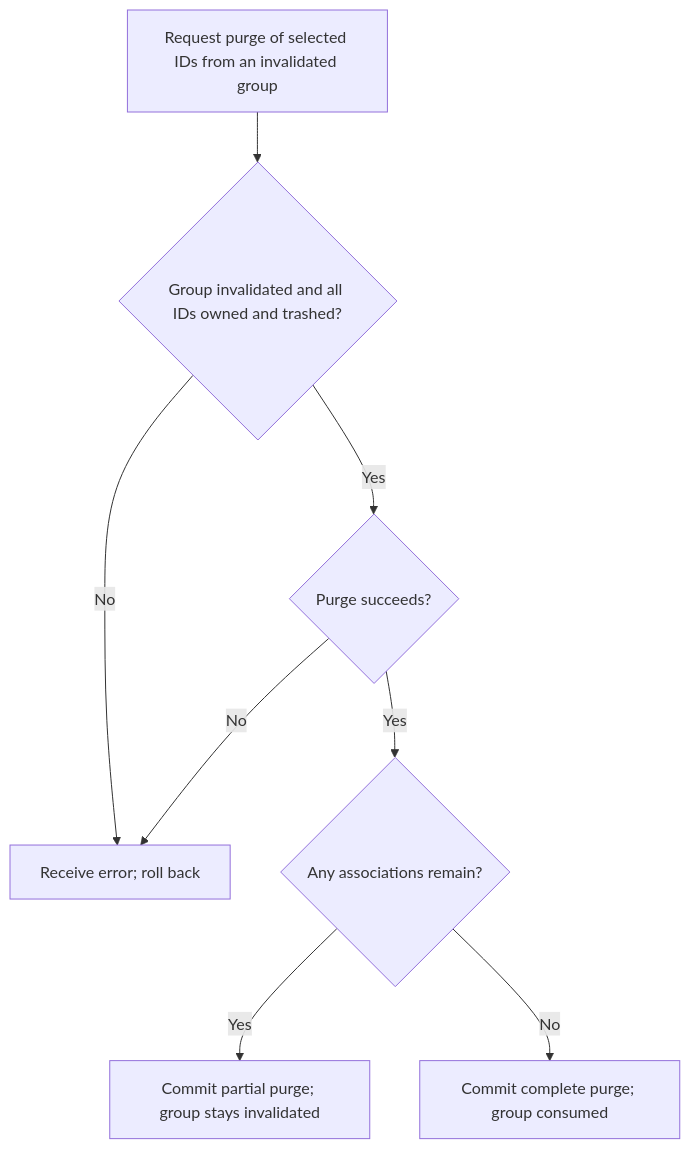
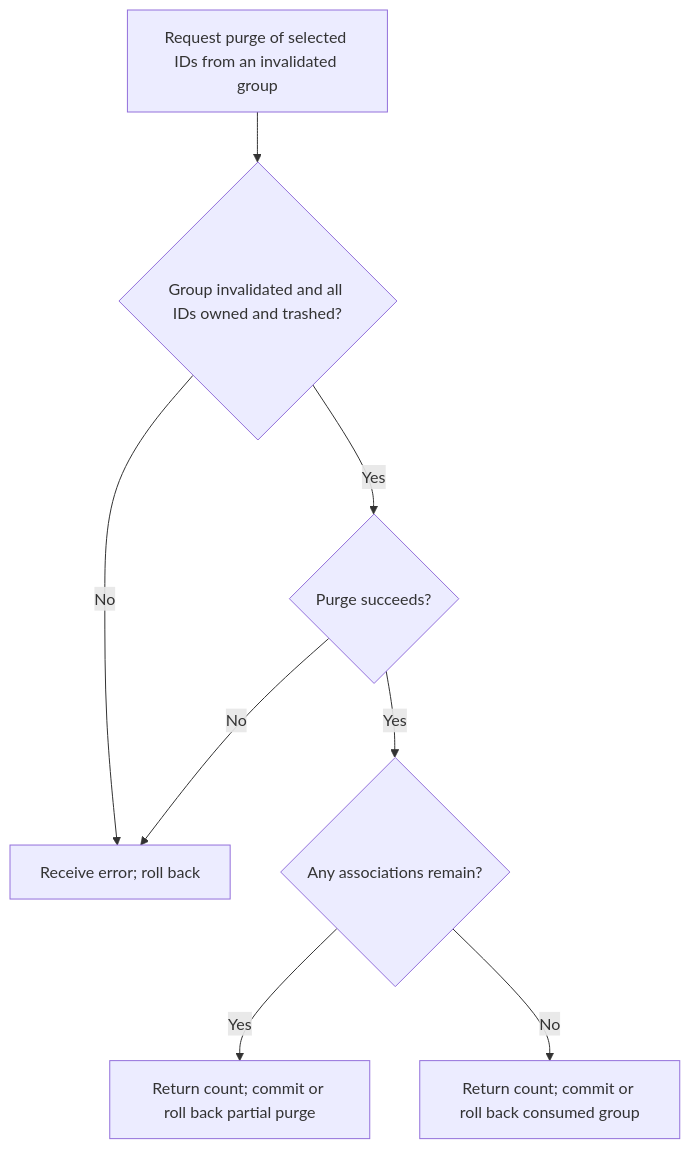
One commit to Kevinjohn/oss-adonisjs-lucid-soft-delete changed the first of 2 diagrams in user-stories/example-apps/us-demo-07-purge-recovery-group.md. Above: the diagram before and after it, drawn with Mermaid. The commit also changed 9 other files, not shown here.

````diff
--- a/user-stories/example-apps/us-demo-07-purge-recovery-group.md
+++ b/user-stories/example-apps/us-demo-07-purge-recovery-group.md
@@ -21,10 +21,10 @@
 ```mermaid
 flowchart TD
     E["Request purge of selected IDs from an invalidated group"] --> F{"Group invalidated and all IDs owned and trashed?"}
     F -->|No| C["Receive error; roll back"]
     F -->|Yes| G{"Purge succeeds?"}
     G -->|No| C
     G -->|Yes| H{"Any associations remain?"}
-    H -->|Yes| I["Commit partial purge; group stays invalidated"]
-    H -->|No| J["Commit complete purge; group consumed"]
+    H -->|Yes| I["Return count; commit or roll back partial purge"]
+    H -->|No| J["Return count; commit or roll back consumed group"]
 ```
````
